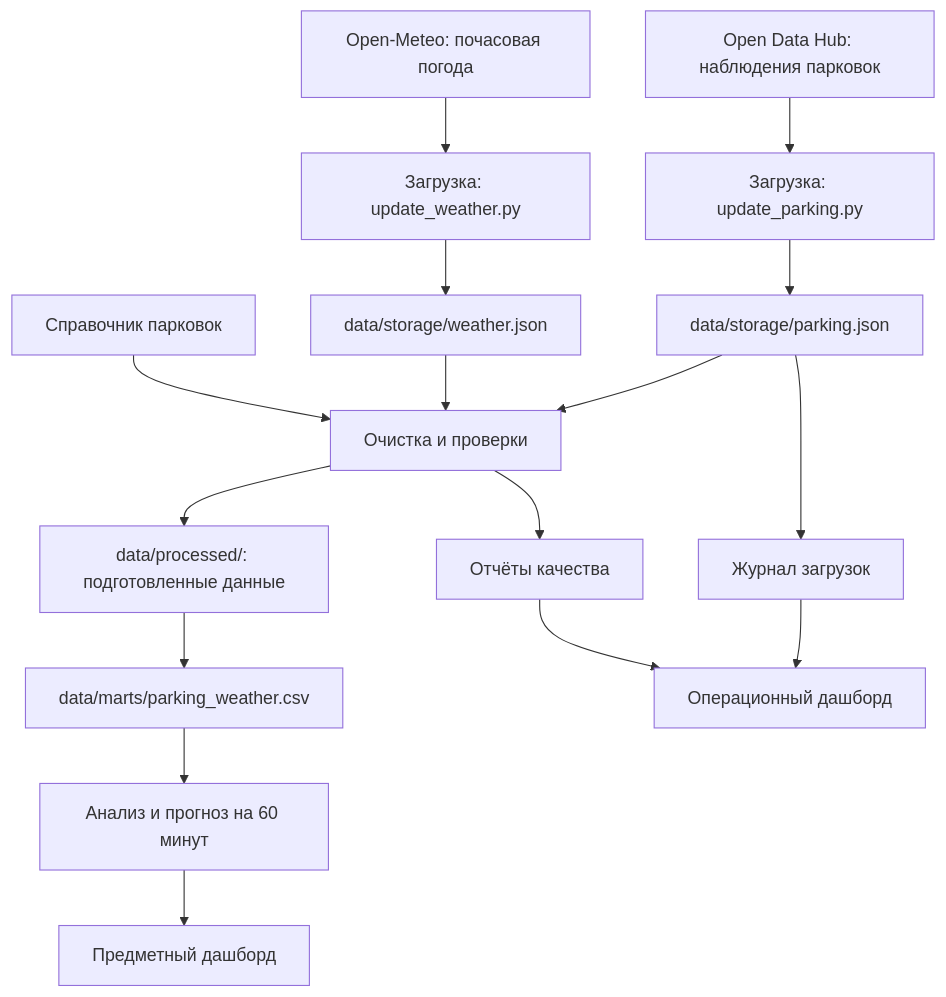
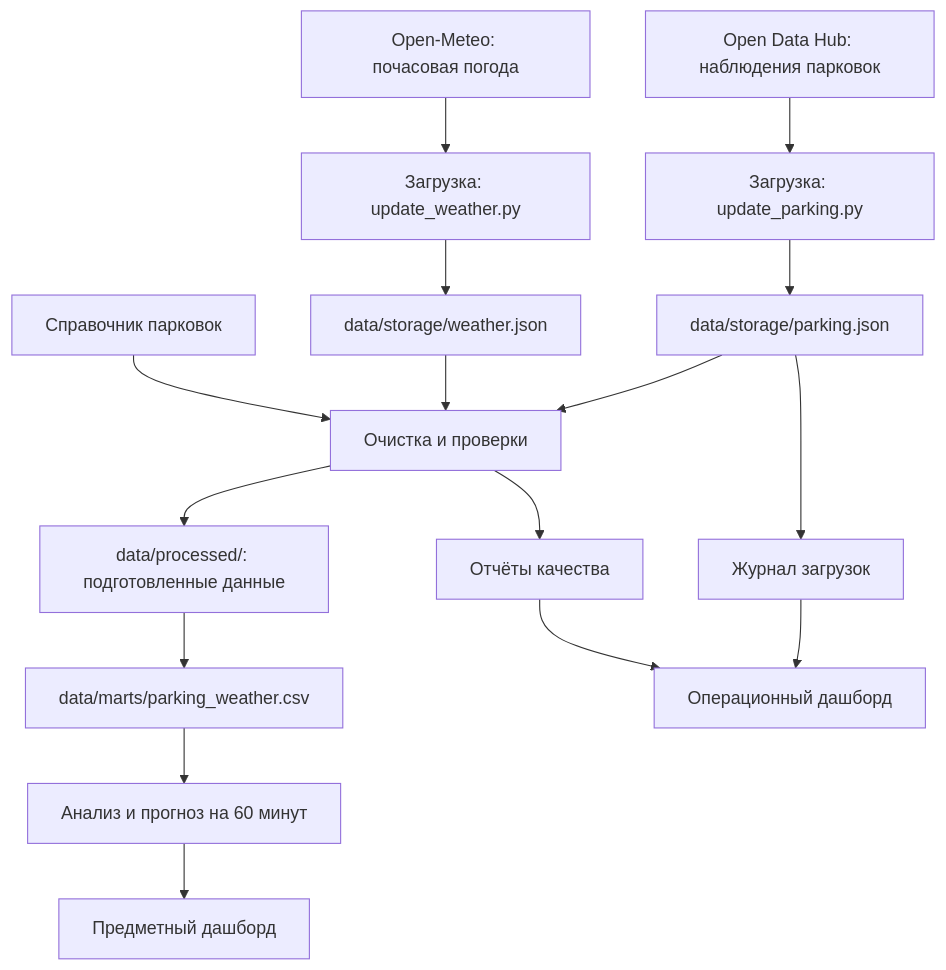
One commit to ldlddaa/parking-occupancy-forecast-system changed the diagram in docs/data_architecture.md. Above: the diagram before and after it, drawn with Mermaid. The commit also changed other lines of this file, not shown here.

Commit message:
Improve architecture diagram labels

````diff
--- a/docs/data_architecture.md
+++ b/docs/data_architecture.md
@@ -5,18 +5,18 @@
 ```mermaid
 flowchart TD
-    A["Open Data Hub: наблюдения парковок"] --> C["Загрузка: update_parking.py"]
-    B["Open-Meteo: почасовая погода"] --> D["Загрузка: update_weather.py"]
+    A["Open&nbsp;Data&nbsp;Hub: наблюдения&nbsp;парковок"] --> C["Загрузка: update_parking.py"]
+    B["Open-Meteo: почасовая&nbsp;погода"] --> D["Загрузка: update_weather.py"]
     C --> E["data/storage/parking.json"]
     D --> F["data/storage/weather.json"]
-    E --> G["Очистка и проверки"]
+    E --> G["Очистка&nbsp;и&nbsp;проверки"]
     F --> G
-    R["Справочник парковок"] --> G
-    G --> H["data/processed/: подготовленные данные"]
+    R["Справочник&nbsp;парковок"] --> G
+    G --> H["data/processed/: подготовленные&nbsp;данные"]
     H --> I["data/marts/parking_weather.csv"]
-    I --> J["Анализ и прогноз на 60 минут"]
-    J --> K["Предметный дашборд"]
-    E --> L["Журнал загрузок"]
-    G --> M["Отчёты качества"]
-    L --> N["Операционный дашборд"]
+    I --> J["Анализ&nbsp;и&nbsp;прогноз&nbsp;на&nbsp;60&nbsp;минут"]
+    J --> K["Предметный&nbsp;дашборд"]
+    E --> L["Журнал&nbsp;загрузок"]
+    G --> M["Отчёты&nbsp;качества"]
+    L --> N["Операционный&nbsp;дашборд"]
     M --> N
 ```
````
